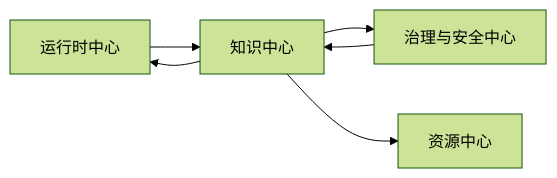
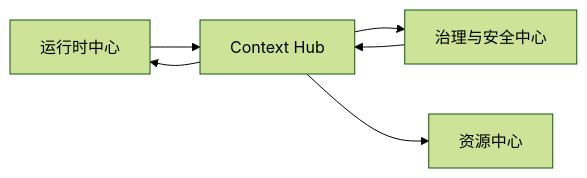
One commit to Quarkfan/QuarkFanTools changed the third of 4 diagrams in docs/platform-reference-matrix.md. Above: the diagram before and after it, drawn with Mermaid (forest theme). The commit also changed other lines of this file and 9 other files, not shown here.

Commit message:
docs: define context hub architecture

````diff
--- a/docs/platform-reference-matrix.md
+++ b/docs/platform-reference-matrix.md
@@ -872,8 +886,8 @@
 ```mermaid
 flowchart LR
-    RT[运行时中心] --> KNOW[知识中心]
-    KNOW --> GOV[治理与安全中心]
-    GOV --> KNOW
-    KNOW --> RT
-    KNOW --> RES[资源中心]
+    RT[运行时中心] --> CH[Context Hub]
+    CH --> GOV[治理与安全中心]
+    GOV --> CH
+    CH --> RT
+    CH --> RES[资源中心]
 ```
````
